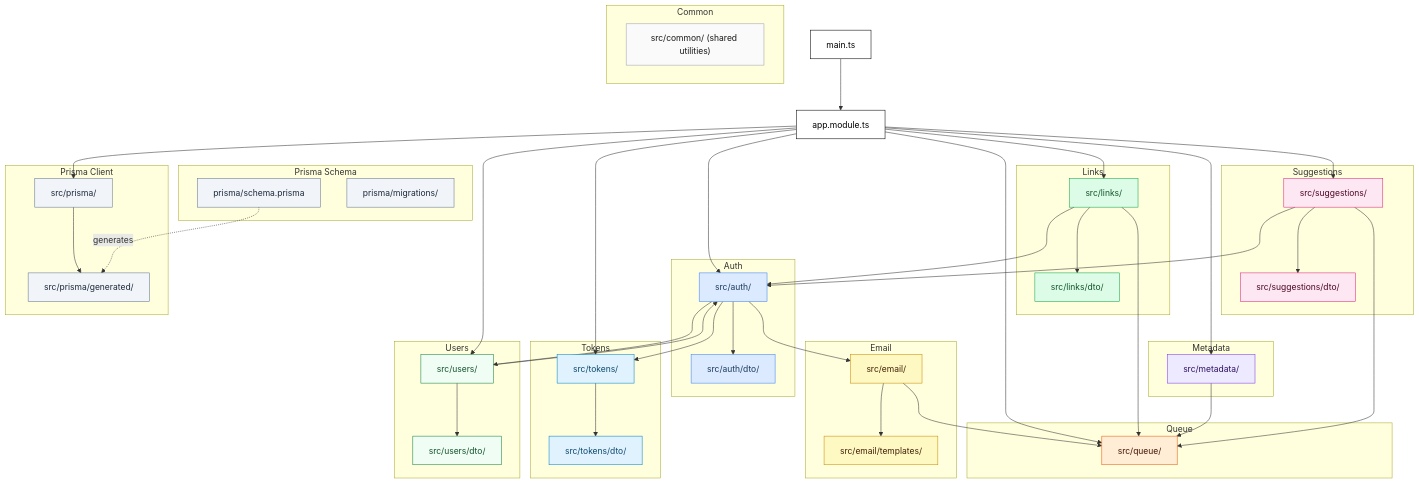
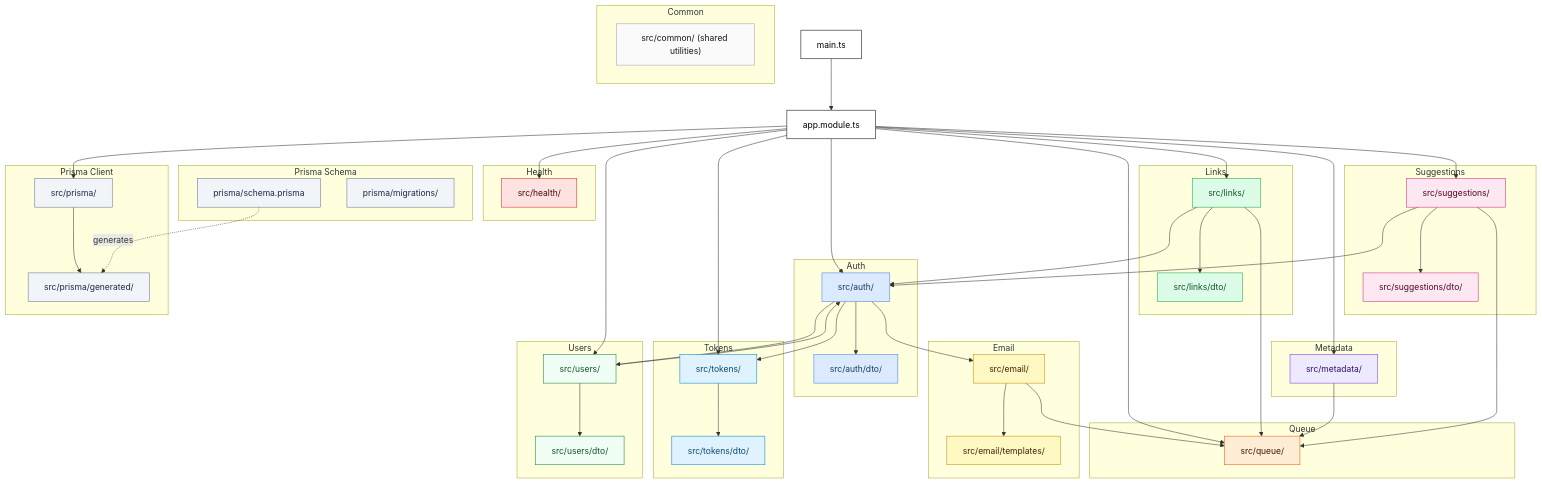
The diagram in apps/api/README.md (nschneble/linklater), drawn with Mermaid before and after one commit. The commit also changed other lines of this file and 251 other files, not shown here.

```diff
--- a/apps/api/README.md
+++ b/apps/api/README.md
@@ -22,6 +22,10 @@
         email["src/email/"]
         email_tmpl["src/email/templates/"]
         email --> email_tmpl
+    end
+
+    subgraph Health["Health"]
+        health["src/health/"]
     end
 
     subgraph Links["Links"]
@@ -72,6 +76,7 @@
     end
 
     app --> auth
+    app --> health
     app --> links
     app --> metadata
     app --> queue
@@ -95,6 +100,7 @@
 
     classDef authStyle fill:#dbeafe,stroke:#3b82f6,color:#1e3a5f
     classDef emailStyle fill:#fef9c3,stroke:#ca8a04,color:#422006
+    classDef healthStyle fill:#fee2e2,stroke:#dc2626,color:#450a0a
     classDef linksStyle fill:#dcfce7,stroke:#16a34a,color:#14532d
     classDef metaStyle fill:#ede9fe,stroke:#7c3aed,color:#2e1065
     classDef queueStyle fill:#ffedd5,stroke:#ea580c,color:#431407
@@ -107,6 +113,7 @@
 
     class auth,auth_dto authStyle
     class email,email_tmpl emailStyle
+    class health healthStyle
     class links,links_dto linksStyle
     class metadata metaStyle
     class queue queueStyle
```
